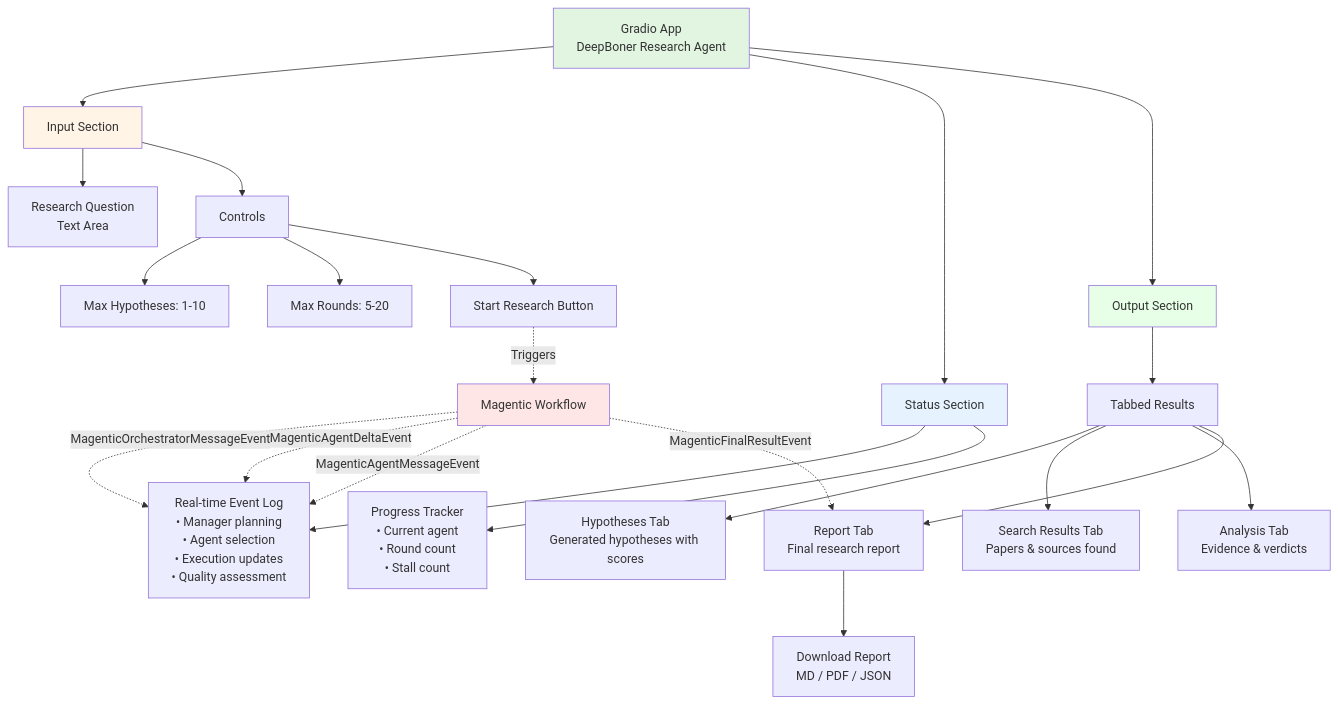
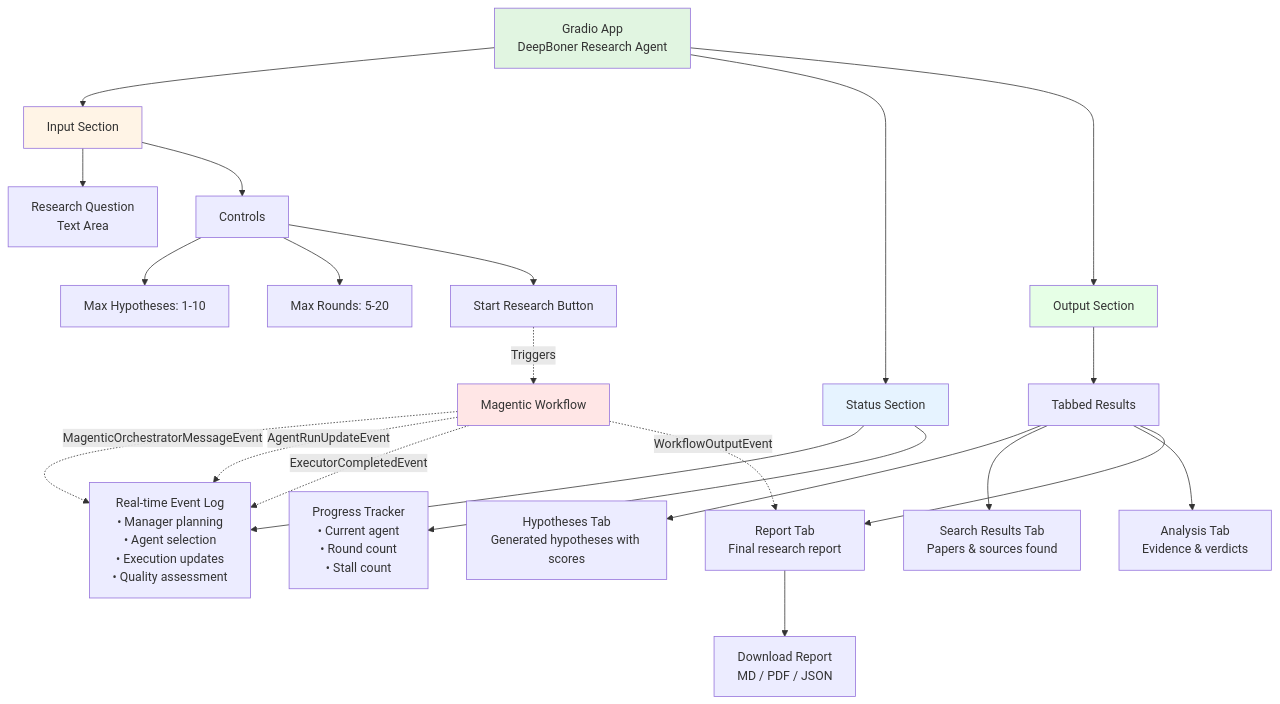
One commit to The-Obstacle-Is-The-Way/DeepBoner changed diagram 13 of 15 in docs/workflow-diagrams.md. Above: the diagram before and after it, drawn with Mermaid. The commit also changed 8 other files, not shown here.

````diff
--- a/docs/workflow-diagrams.md
+++ b/docs/workflow-diagrams.md
@@ -476,36 +476,36 @@
 ```mermaid
 graph TD
     App[Gradio App<br/>DeepBoner Research Agent]
 
     App --> Input[Input Section]
     App --> Status[Status Section]
     App --> Output[Output Section]
 
     Input --> Query[Research Question<br/>Text Area]
     Input --> Controls[Controls]
     Controls --> MaxHyp[Max Hypotheses: 1-10]
     Controls --> MaxRounds[Max Rounds: 5-20]
     Controls --> Submit[Start Research Button]
 
     Status --> Log[Real-time Event Log<br/>• Manager planning<br/>• Agent selection<br/>• Execution updates<br/>• Quality assessment]
     Status --> Progress[Progress Tracker<br/>• Current agent<br/>• Round count<br/>• Stall count]
 
     Output --> Tabs[Tabbed Results]
     Tabs --> Tab1[Hypotheses Tab<br/>Generated hypotheses with scores]
     Tabs --> Tab2[Search Results Tab<br/>Papers & sources found]
     Tabs --> Tab3[Analysis Tab<br/>Evidence & verdicts]
     Tabs --> Tab4[Report Tab<br/>Final research report]
     Tab4 --> Download[Download Report<br/>MD / PDF / JSON]
 
     Submit -.->|Triggers| Workflow[Magentic Workflow]
     Workflow -.->|MagenticOrchestratorMessageEvent| Log
-    Workflow -.->|MagenticAgentDeltaEvent| Log
-    Workflow -.->|MagenticAgentMessageEvent| Log
-    Workflow -.->|MagenticFinalResultEvent| Tab4
+    Workflow -.->|AgentRunUpdateEvent| Log
+    Workflow -.->|ExecutorCompletedEvent| Log
+    Workflow -.->|WorkflowOutputEvent| Tab4
 
     style App fill:#e1f5e1
     style Input fill:#fff4e6
     style Status fill:#e6f3ff
     style Output fill:#e6ffe6
     style Workflow fill:#ffe6e6
 ```
````
